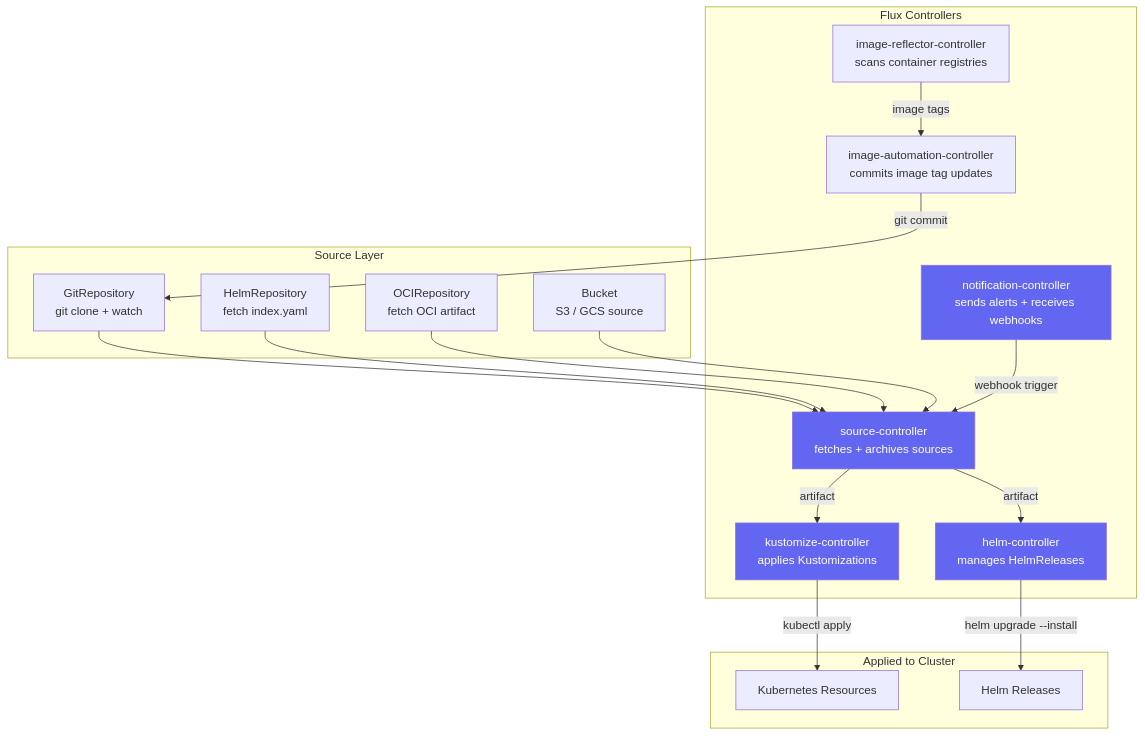
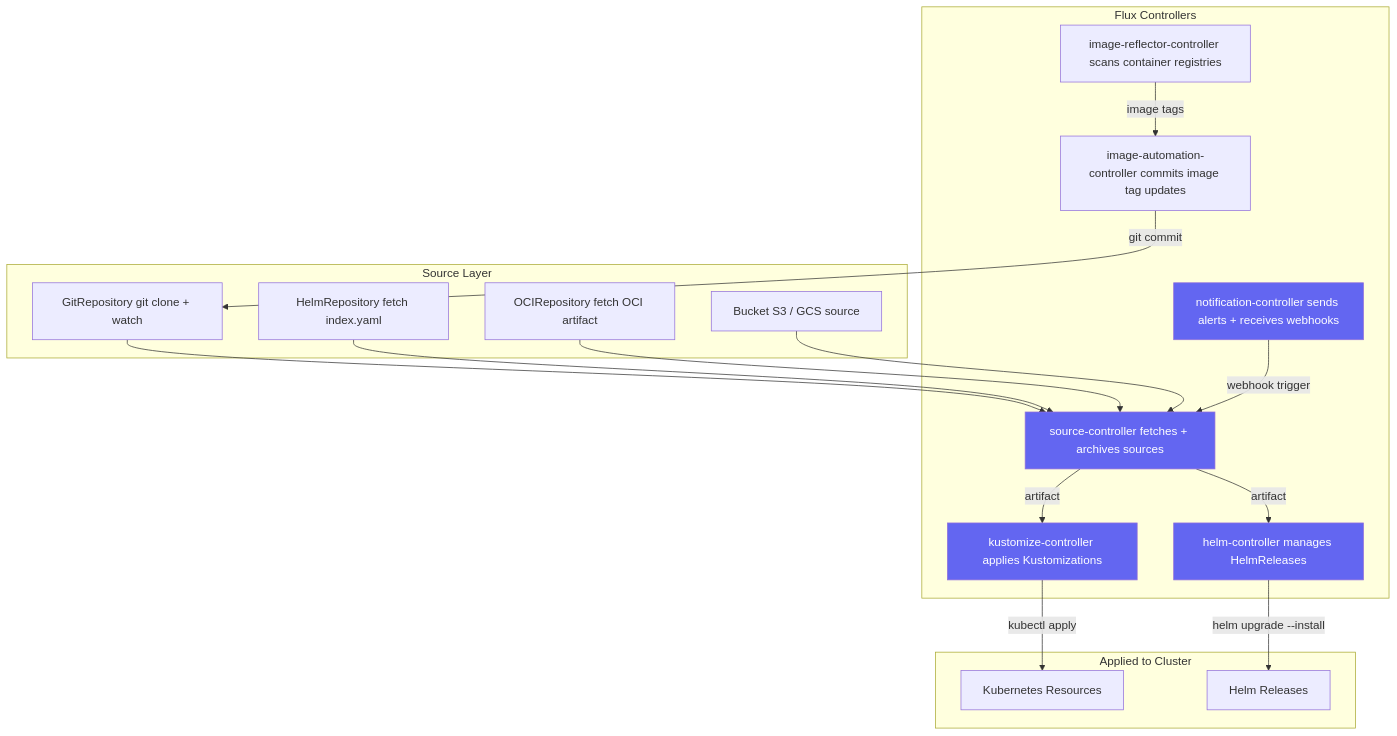
The diagram in 11_gitops/02_flux_install_and_setup.md (UncleJS/course_k3s), drawn with Mermaid before and after one commit. The commit also changed other lines of this file and 57 other files, not shown here.

````diff
--- a/11_gitops/02_flux_install_and_setup.md
+++ b/11_gitops/02_flux_install_and_setup.md
@@ -27,43 +27,43 @@
 ```mermaid
 graph TD
     subgraph GitSources["Source Layer"]
-        GR[GitRepository\ngit clone + watch]
-        HR_SRC[HelmRepository\nfetch index.yaml]
-        OCIRepo[OCIRepository\nfetch OCI artifact]
-        Bucket[Bucket\nS3 / GCS source]
+        GR[GitRepository git clone + watch]
+        HR_SRC[HelmRepository fetch index.yaml]
+        OCIRepo[OCIRepository fetch OCI artifact]
+        Bucket[Bucket S3 / GCS source]
     end
 
     subgraph Controllers["Flux Controllers"]
-        SC[source-controller\nfetches + archives sources]
-        KC[kustomize-controller\napplies Kustomizations]
-        HC[helm-controller\nmanages HelmReleases]
-        NC[notification-controller\nsends alerts + receives webhooks]
-        IC[image-reflector-controller\nscans container registries]
-        IAC[image-automation-controller\ncommits image tag updates]
+        SC[source-controller fetches + archives sources]
+        KC[kustomize-controller applies Kustomizations]
+        HC[helm-controller manages HelmReleases]
+        NC[notification-controller sends alerts + receives webhooks]
+        IC[image-reflector-controller scans container registries]
+        IAC[image-automation-controller commits image tag updates]
     end
 
     subgraph Outputs["Applied to Cluster"]
         K8S[Kubernetes Resources]
         HR_REL[Helm Releases]
     end
 
     GR --> SC
     HR_SRC --> SC
     OCIRepo --> SC
     Bucket --> SC
 
     SC -->|artifact| KC
     SC -->|artifact| HC
 
     KC -->|kubectl apply| K8S
     HC -->|helm upgrade --install| HR_REL
 
     NC -->|webhook trigger| SC
     IC -->|image tags| IAC
     IAC -->|git commit| GR
 
     style SC fill:#6366f1,color:#fff
     style KC fill:#6366f1,color:#fff
     style HC fill:#6366f1,color:#fff
     style NC fill:#6366f1,color:#fff
 ```
````
